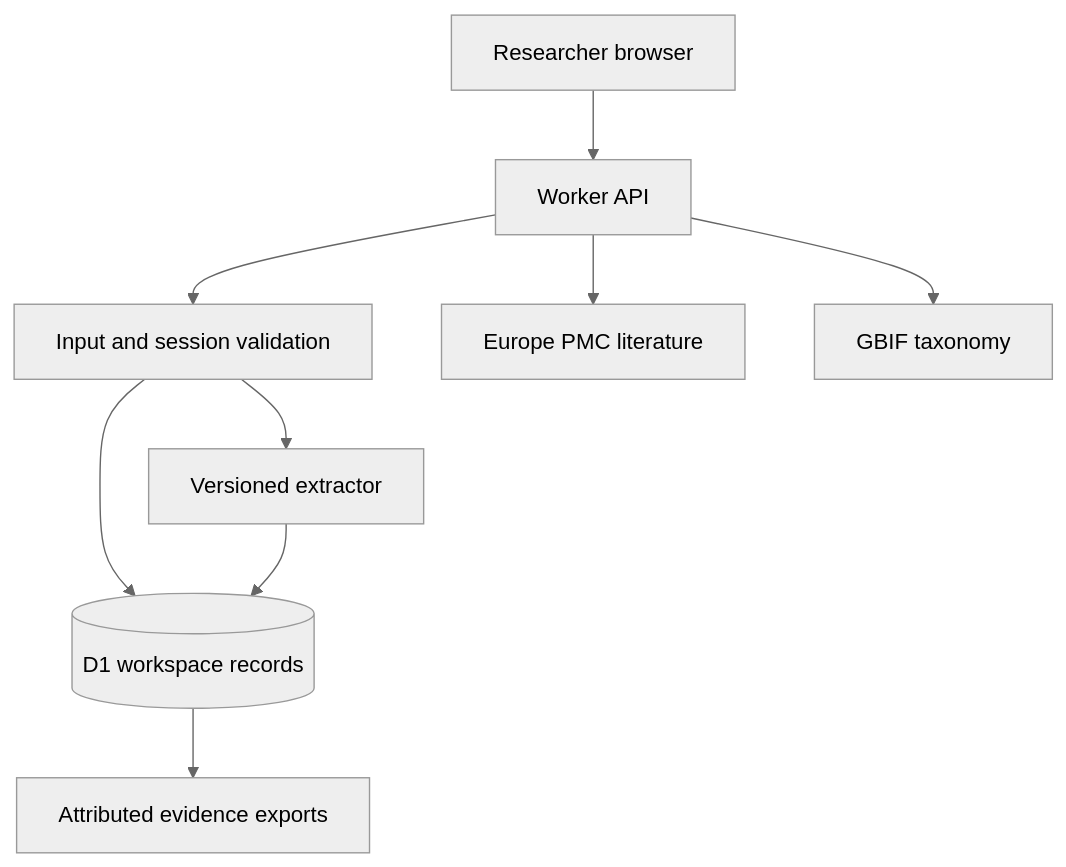
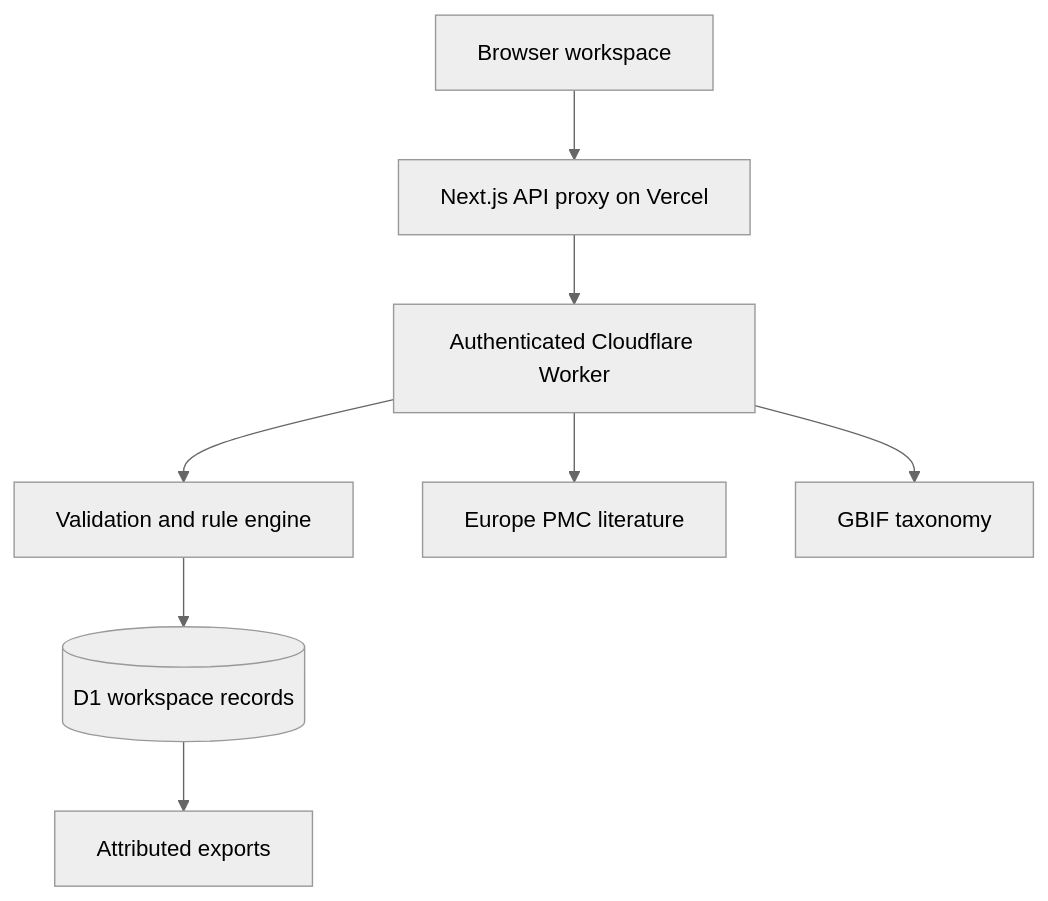
The diagram in docs/PRODUCT.md (adeelfalaksher/citeflora), drawn with Mermaid (neutral theme) before and after one commit. The commit also changed other lines of this file and 15 other files, not shown here.

````diff
--- a/docs/PRODUCT.md
+++ b/docs/PRODUCT.md
@@ -40,11 +54,10 @@
 ```mermaid
 flowchart TD
-  A[Researcher browser] --> B[Worker API]
-  B --> C[Input and session validation]
-  C --> D[Versioned extractor]
-  C --> E[(D1 workspace records)]
-  D --> E
-  B --> F[Europe PMC literature]
-  B --> G[GBIF taxonomy]
-  E --> H[Attributed evidence exports]
+  A[Browser workspace] --> B[Next.js API proxy on Vercel]
+  B --> C[Authenticated Cloudflare Worker]
+  C --> D[Validation and rule engine]
+  D --> E[(D1 workspace records)]
+  C --> F[Europe PMC literature]
+  C --> G[GBIF taxonomy]
+  E --> H[Attributed exports]
 ```
````
